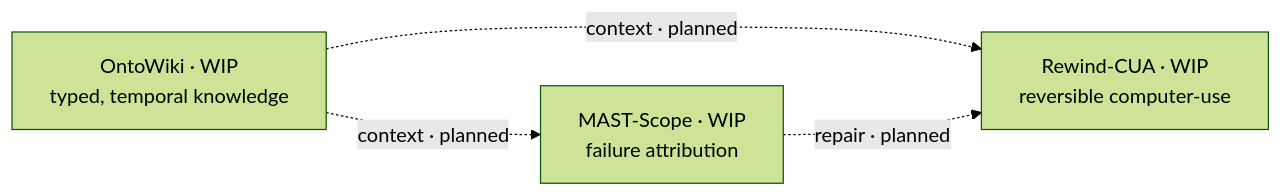
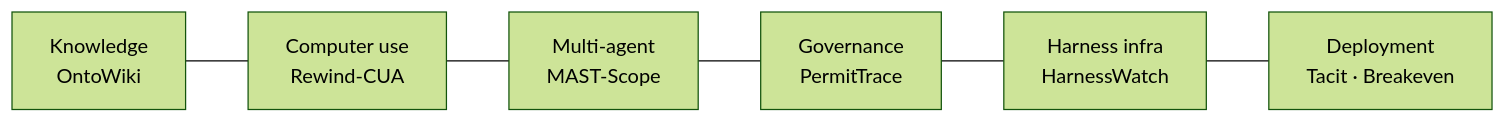
The diagram in README.md (zysen1/zysen1), drawn with Mermaid (forest theme) before and after one commit. The commit also changed other lines of this file, not shown here.

First line of the commit message:
Mark shipped agent work and cite each README's number. (#3)

````diff
--- a/README.md
+++ b/README.md
@@ -45,9 +43,4 @@
 ```mermaid
 flowchart LR
-  OW["OntoWiki · WIP<br/>typed, temporal knowledge"]
-  RC["Rewind-CUA · WIP<br/>reversible computer-use"]
-  MS["MAST-Scope · WIP<br/>failure attribution"]
-  OW -.->|context · planned| RC
-  OW -.->|context · planned| MS
-  MS -.->|repair · planned| RC
+  KM["Knowledge<br/>OntoWiki"] --- CU["Computer use<br/>Rewind-CUA"] --- MR["Multi-agent<br/>MAST-Scope"] --- SG["Governance<br/>PermitTrace"] --- CI["Harness infra<br/>HarnessWatch"] --- FD["Deployment<br/>Tacit · Breakeven"]
 ```
````
